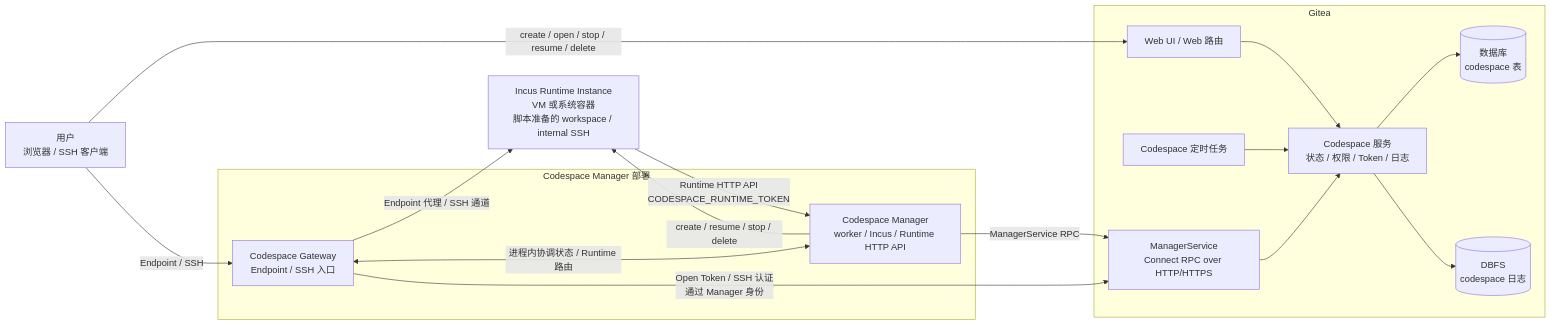
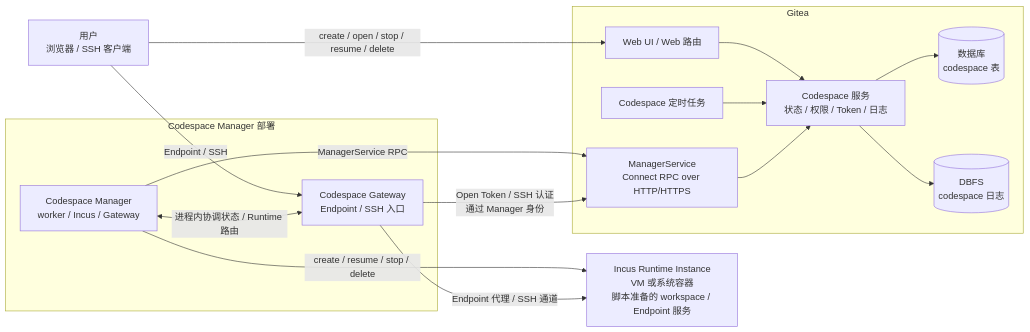
Before and after one commit to ExplodingDragon/gitea-dev: the first of 2 diagrams in src/README.md, drawn with Mermaid. The commit also changed other lines of this file and 10 other files, not shown here.

````diff
--- a/src/README.md
+++ b/src/README.md
@@ -24,38 +24,37 @@
 ```mermaid
 flowchart LR
     User["用户<br/>浏览器 / SSH 客户端"]
 
     subgraph Gitea["Gitea"]
         Web["Web UI / Web 路由"]
         ManagerRPC["ManagerService<br/>Connect RPC over HTTP/HTTPS"]
         Service["Codespace 服务<br/>状态 / 权限 / Token / 日志"]
         Cron["Codespace 定时任务"]
         DB[("数据库<br/>codespace 表")]
         DBFS[("DBFS<br/>codespace 日志")]
     end
 
     subgraph ManagerDeployment["Codespace Manager 部署"]
-        Manager["Codespace Manager<br/>worker / Incus / Runtime HTTP API"]
+        Manager["Codespace Manager<br/>worker / Incus / Gateway"]
         Gateway["Codespace Gateway<br/>Endpoint / SSH 入口"]
     end
 
-    Runtime["Incus Runtime Instance<br/>VM 或系统容器<br/>脚本准备的 workspace / internal SSH"]
+    Runtime["Incus Runtime Instance<br/>VM 或系统容器<br/>脚本准备的 workspace / Endpoint 服务"]
 
     User -->|"create / open / stop / resume / delete"| Web
     User -->|"Endpoint / SSH"| Gateway
 
     Web --> Service
     Service --> DB
     Service --> DBFS
     Cron --> Service
 
     Manager -->|"ManagerService RPC"| ManagerRPC
     ManagerRPC --> Service
 
-    Runtime -->|"Runtime HTTP API<br/>CODESPACE_RUNTIME_TOKEN"| Manager
     Manager -->|"create / resume / stop / delete"| Runtime
 
     Gateway -->|"Open Token / SSH 认证<br/>通过 Manager 身份"| ManagerRPC
     Gateway -->|"Endpoint 代理 / SSH 通道"| Runtime
     Manager <-->|"进程内协调状态 / Runtime 路由"| Gateway
 ```
````
